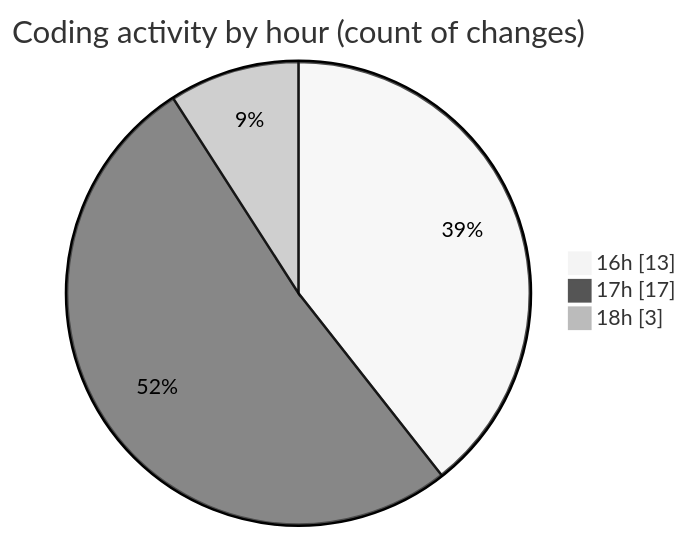
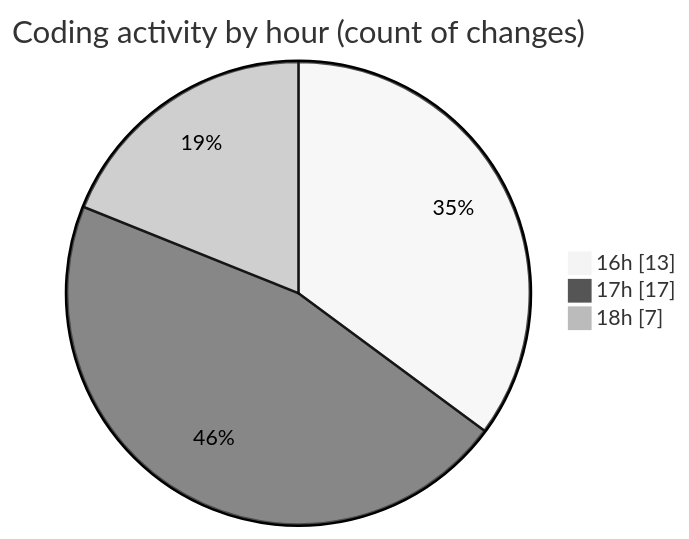
The second of 2 diagrams in 2025-05-20/mbc-web/README.md (robertbonfada/code-tracking), drawn with Mermaid (neutral theme) before and after one commit. The commit also changed other lines of this file and 1 other file, not shown here.

````diff
--- a/2025-05-20/mbc-web/README.md
+++ b/2025-05-20/mbc-web/README.md
@@ -35,7 +36,7 @@
 ```mermaid
 pie showData
 title Coding activity by hour (count of changes)
 "16h" : 13
 "17h" : 17
-"18h" : 3
+"18h" : 7
 ```
````
